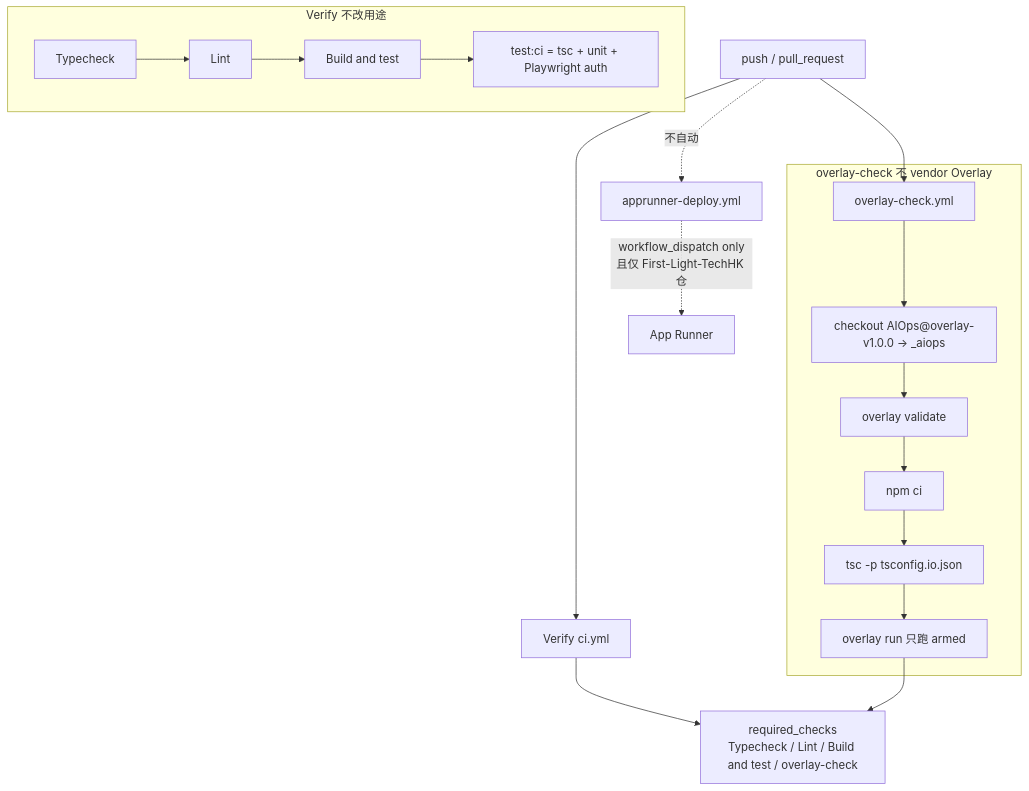
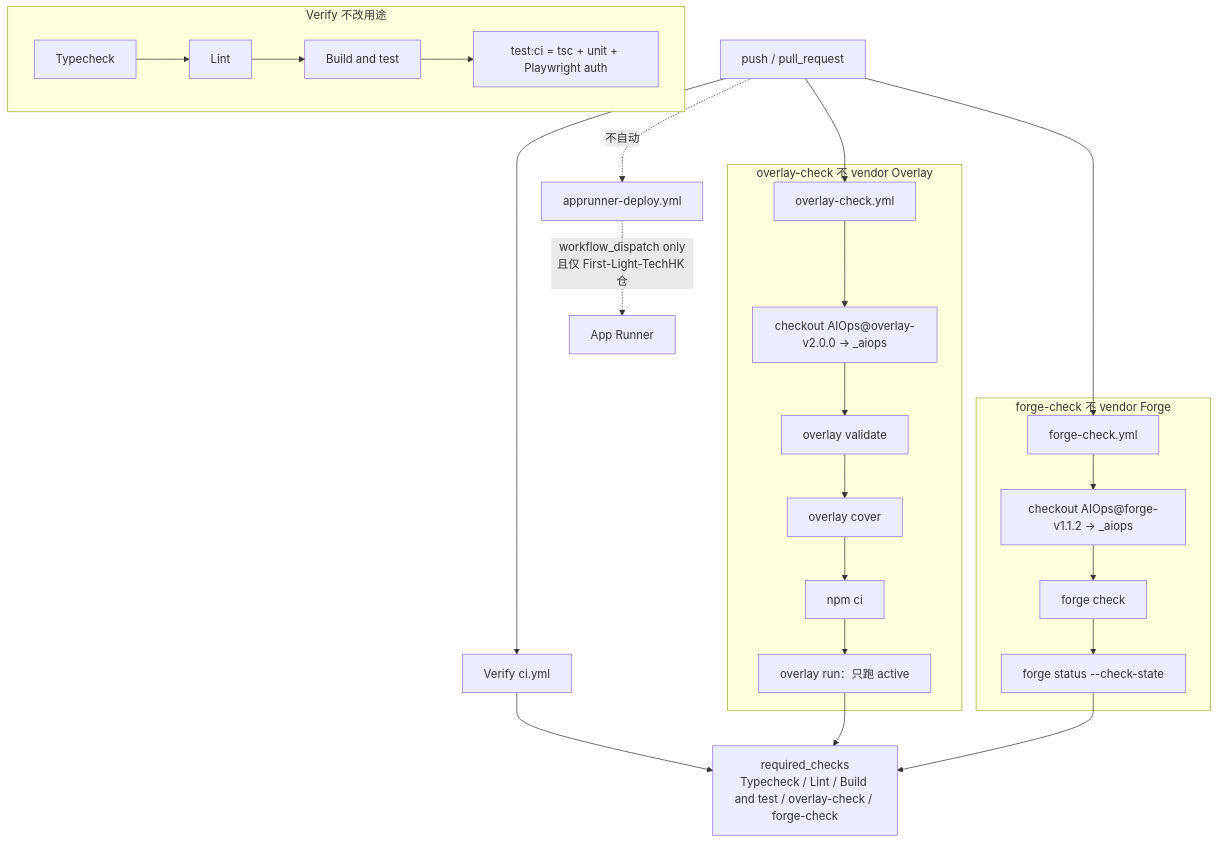
The second of 3 diagrams in docs/phase1/overlay-forge-brief.md (LibertychaserUS/LearningGuidePortal), drawn with Mermaid before and after one commit. The commit also changed other lines of this file and 23 other files, not shown here.

First line of the commit message:
feat: adopt Overlay 2.0.0 / Forge 1.1.2 with dev/main and forge-check (#10)

````diff
--- a/docs/phase1/overlay-forge-brief.md
+++ b/docs/phase1/overlay-forge-brief.md
@@ -113,25 +118,33 @@
 ```mermaid
 flowchart TD
     push["push / pull_request"] --> verify["Verify  ci.yml"]
     push --> overlayJob["overlay-check.yml"]
+    push --> forgeJob["forge-check.yml"]
 
     subgraph verifyJobs["Verify 不改用途"]
         tc["Typecheck"] --> lint["Lint"]
         lint --> build["Build and test"]
         build --> testci["test:ci = tsc + unit + Playwright auth"]
     end
 
     subgraph overlayJobs["overlay-check 不 vendor Overlay"]
-        overlayJob --> checkoutTool["checkout AIOps@overlay-v1.0.0 → _aiops"]
-        checkoutTool --> v["overlay validate"]
-        v --> npmci["npm ci"]
-        npmci --> ioTsc["tsc -p tsconfig.io.json"]
-        ioTsc --> runArmed["overlay run 只跑 armed"]
+        overlayJob --> checkoutOverlay["checkout AIOps@overlay-v2.0.0 → _aiops"]
+        checkoutOverlay --> ov["overlay validate"]
+        ov --> oc["overlay cover"]
+        oc --> npmci["npm ci"]
+        npmci --> orun["overlay run：只跑 active"]
     end
 
-    verify --> gate["required_checks\nTypecheck / Lint / Build and test / overlay-check"]
-    runArmed --> gate
+    subgraph forgeJobs["forge-check 不 vendor Forge"]
+        forgeJob --> checkoutForge["checkout AIOps@forge-v1.1.2 → _aiops"]
+        checkoutForge --> fcheck["forge check"]
+        fcheck --> fstate["forge status --check-state"]
+    end
+
+    verify --> gate["required_checks\nTypecheck / Lint / Build and test / overlay-check / forge-check"]
+    orun --> gate
+    fstate --> gate
 
     deploy["apprunner-deploy.yml"] -.->|"workflow_dispatch only\n且仅 First-Light-TechHK 仓"| prod["App Runner"]
     push -.->|"不自动"| deploy
 ```
````
